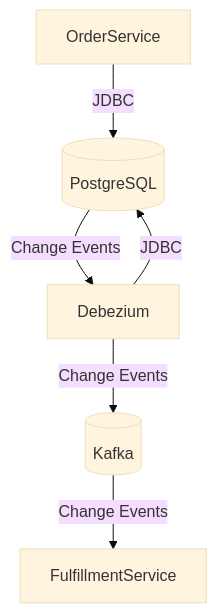
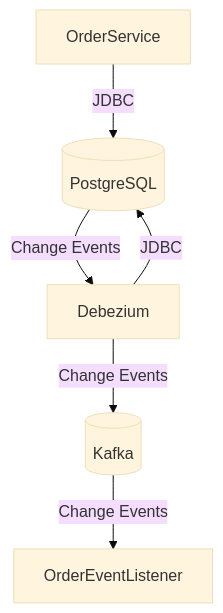
Before and after one commit to omergk28/spring-poc-postgres-debezium: the diagram in README.md, drawn with Mermaid (base theme).

````diff
--- a/README.md
+++ b/README.md
@@ -6,8 +6,8 @@
 ```mermaid
 graph TD
     A[OrderService] -->|JDBC| B[(PostgreSQL)]
     C[Debezium] -->|JDBC| B[(PostgreSQL)]
     B[(PostgreSQL)] -->|Change Events| C[Debezium]
     C[Debezium] -->|Change Events| D[(Kafka)]
-    D[(Kafka)] -->|Change Events| E[FulfillmentService]
+    D[(Kafka)] -->|Change Events| E[OrderEventListener]
 ```
````
